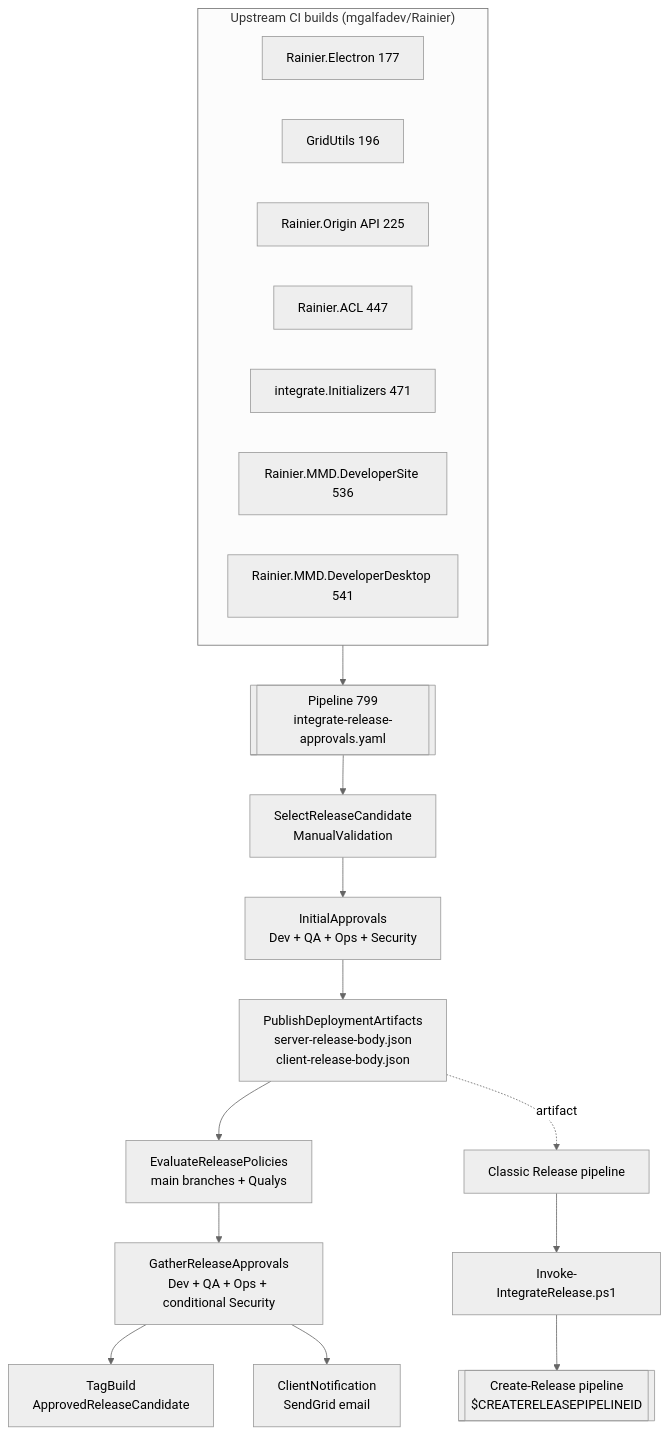
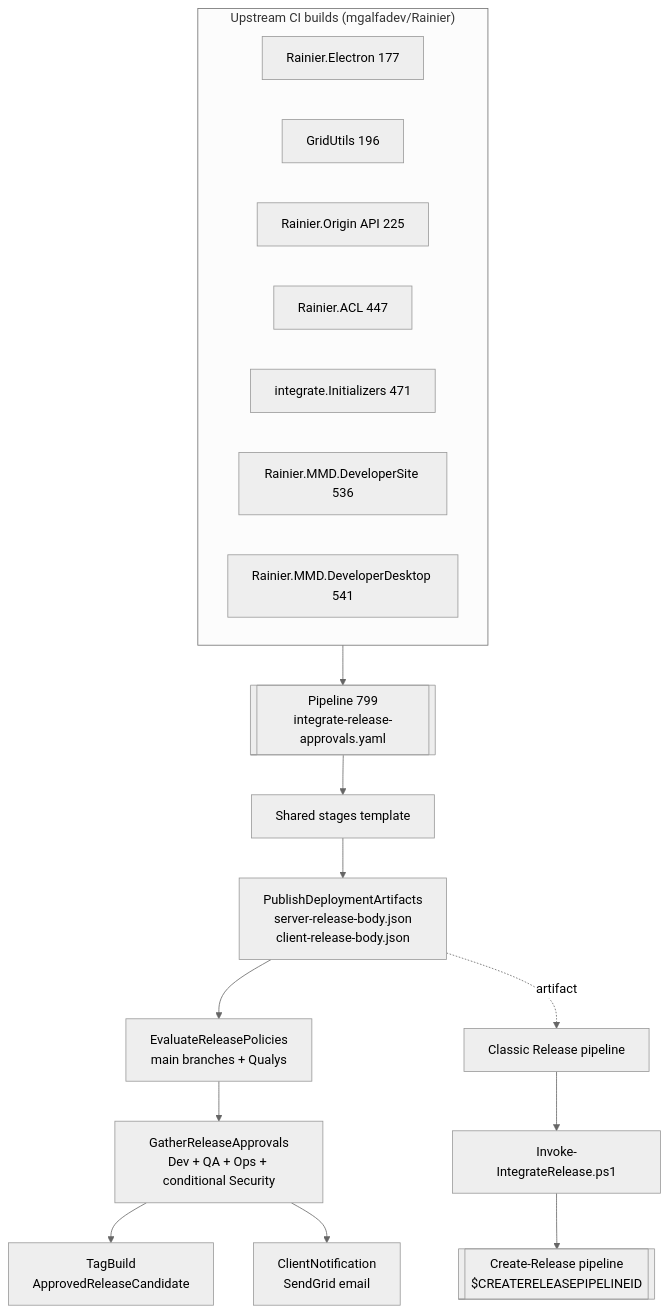
One commit to will-milliman/software-kms changed the diagram in kms/rainier.releases/architecture.md. Above: the diagram before and after it, drawn with Mermaid (neutral theme). The commit also changed other lines of this file and 26 other files, not shown here.

````diff
--- a/kms/rainier.releases/architecture.md
+++ b/kms/rainier.releases/architecture.md
@@ -5,26 +5,25 @@
 ```mermaid
 flowchart TD
     subgraph Upstream["Upstream CI builds (mgalfadev/Rainier)"]
         E[Rainier.Electron 177]
         G[GridUtils 196]
         O[Rainier.Origin API 225]
         A[Rainier.ACL 447]
         I[integrate.Initializers 471]
         DS[Rainier.MMD.DeveloperSite 536]
         DD[Rainier.MMD.DeveloperDesktop 541]
     end
 
     Upstream --> P799[["Pipeline 799<br/>integrate-release-approvals.yaml"]]
 
-    P799 --> S1[SelectReleaseCandidate<br/>ManualValidation]
-    S1 --> S2[InitialApprovals<br/>Dev + QA + Ops + Security]
-    S2 --> S3[PublishDeploymentArtifacts<br/>server-release-body.json<br/>client-release-body.json]
+    P799 --> TPL[Shared stages template]
+    TPL --> S3[PublishDeploymentArtifacts<br/>server-release-body.json<br/>client-release-body.json]
     S3 --> POL[EvaluateReleasePolicies<br/>main branches + Qualys]
     POL --> S4[GatherReleaseApprovals<br/>Dev + QA + Ops + conditional Security]
     S4 --> S5[TagBuild<br/>ApprovedReleaseCandidate]
     S4 --> S6[ClientNotification<br/>SendGrid email]
 
     S3 -.artifact.-> CR[Classic Release pipeline]
     CR --> IIR[Invoke-IntegrateRelease.ps1]
     IIR --> CRP[[Create-Release pipeline<br/>$CREATERELEASEPIPELINEID]]
 ```
````
